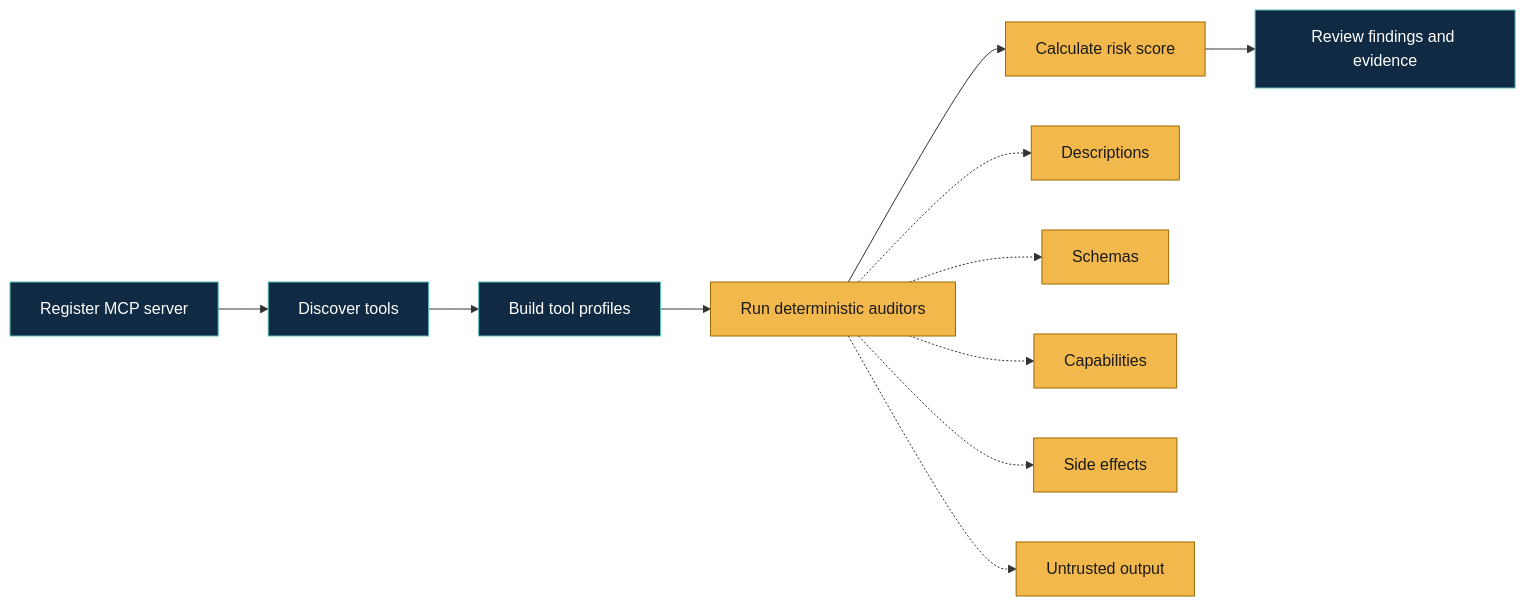
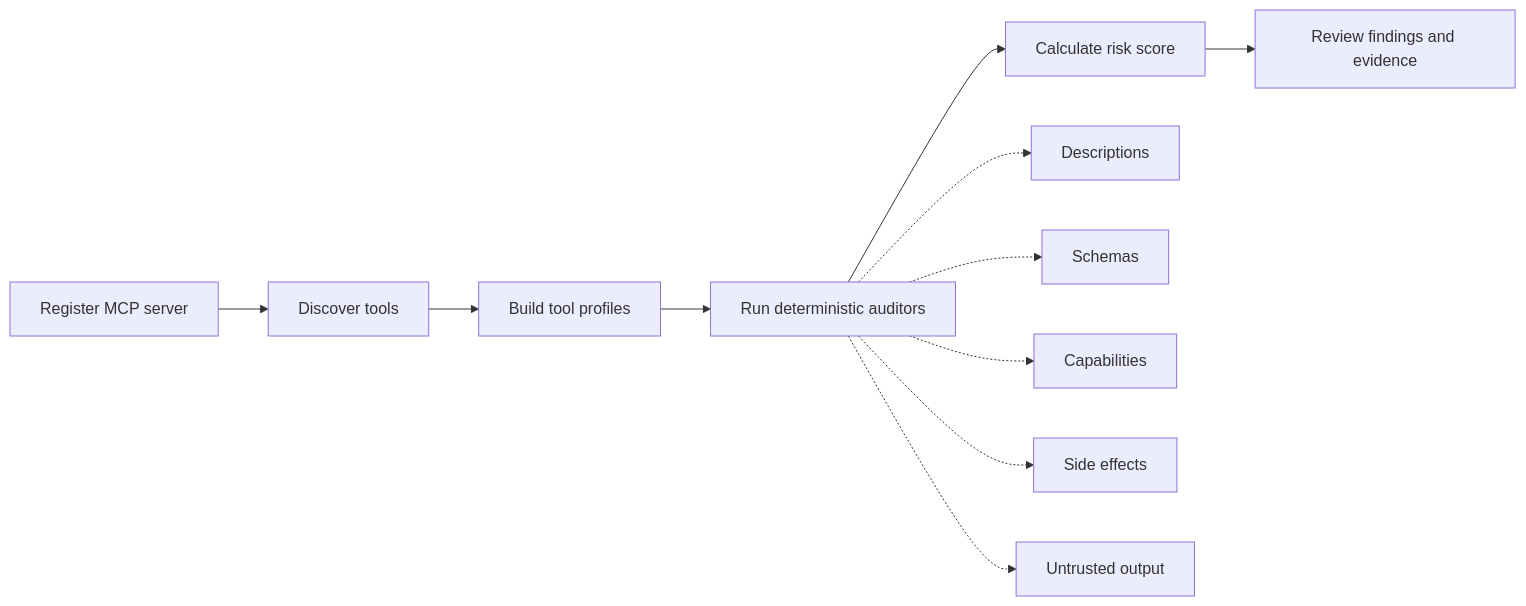
One commit to snna2069/MCP-Auditor changed the first of 2 diagrams in README.md. Above: the diagram before and after it, drawn with Mermaid. The commit also changed other lines of this file, not shown here.

Commit message:
Refactor mermaid diagrams in README for improved clarity and organization

````diff
--- a/README.md
+++ b/README.md
@@ -51,19 +51,13 @@
 ```mermaid
 flowchart LR
-      A[Register MCP server] --> B[Discover tools]
-      B --> C[Build tool profiles]
-      C --> D[Run deterministic auditors]
-      D --> E[Calculate risk score]
-      E --> F[Review findings and evidence]
-
-      D -.-> D1[Descriptions]
-      D -.-> D2[Schemas]
-      D -.-> D3[Capabilities]
-      D -.-> D4[Side effects]
-      D -.-> D5[Untrusted output]
-
-      classDef action fill:#102a43,stroke:#5bc0be,color:#ffffff;
-      classDef analysis fill:#f2b84b,stroke:#9b6b00,color:#1b1b1b;
-      class A,B,C,F action;
-      class D,E,D1,D2,D3,D4,D5 analysis;
+A[Register MCP server] --> B[Discover tools]
+B --> C[Build tool profiles]
+C --> D[Run deterministic auditors]
+D --> E[Calculate risk score]
+E --> F[Review findings and evidence]
+D -.-> D1[Descriptions]
+D -.-> D2[Schemas]
+D -.-> D3[Capabilities]
+D -.-> D4[Side effects]
+D -.-> D5[Untrusted output]
 ```
````
